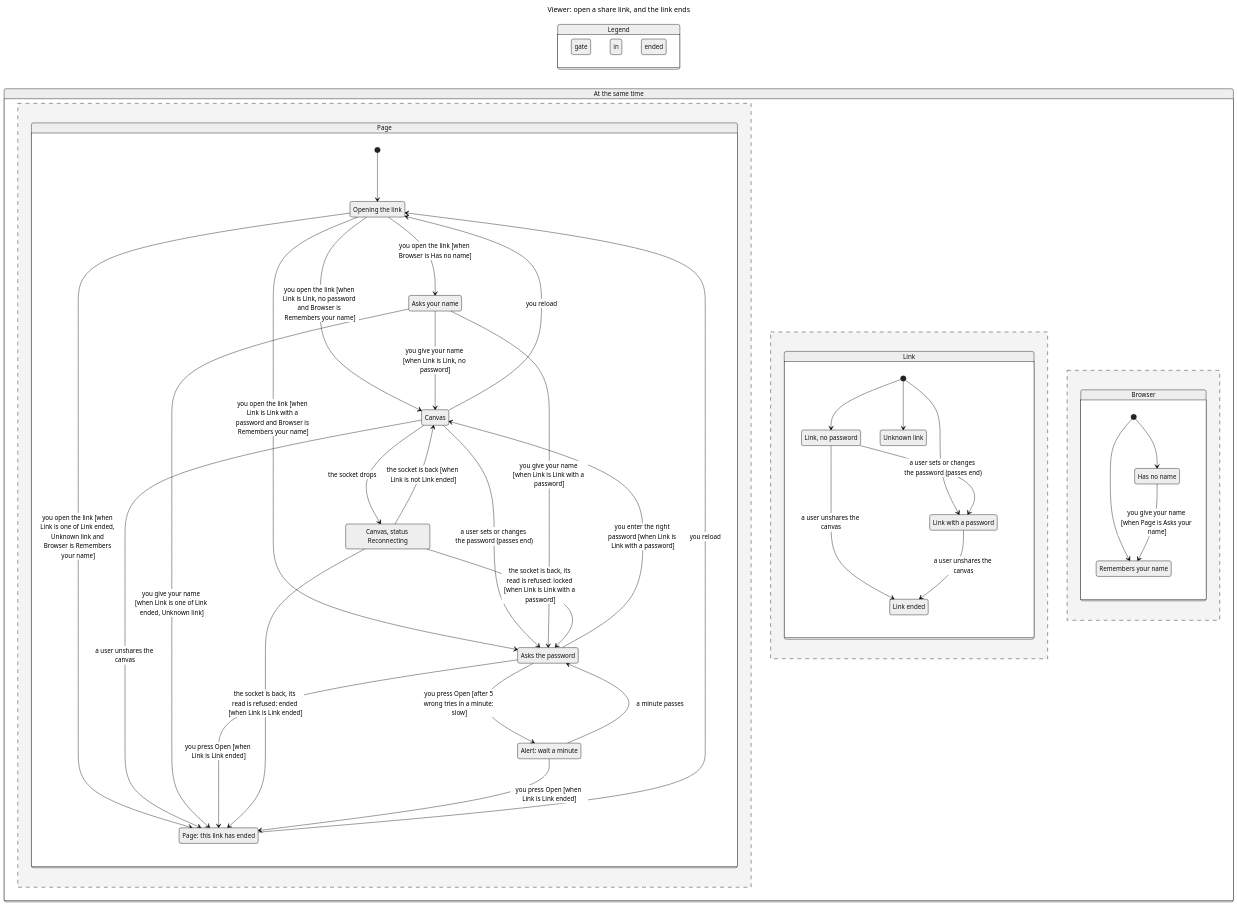
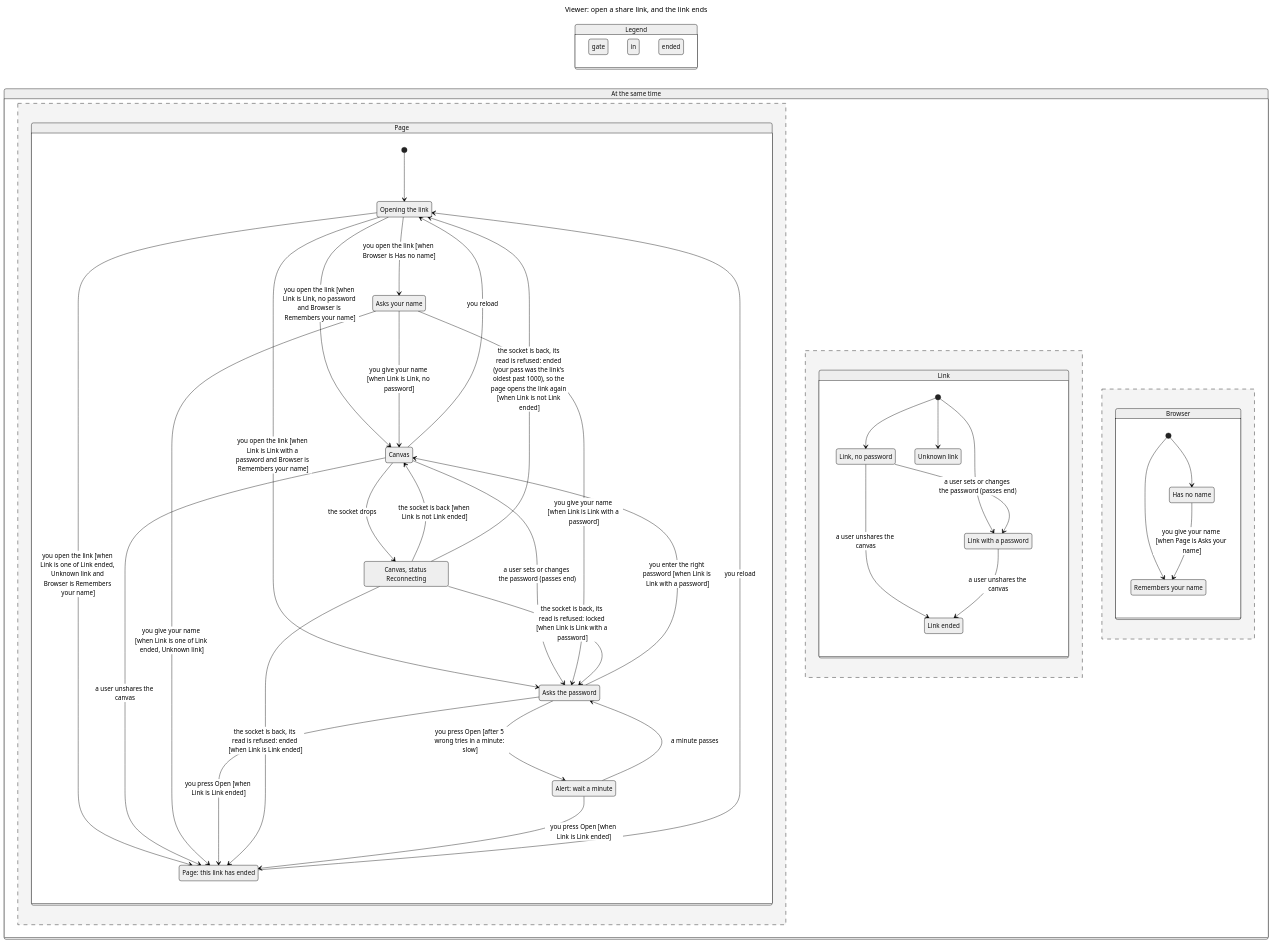
Before and after one commit to lagz0ne/easel: the diagram in docs/statecharts/viewer-gate.md, drawn with Mermaid (neutral theme). The commit also changed other lines of this file and 31 other files, not shown here.

Commit message:
feat(frames): share a canvas by link, with a name gate, a flood limit and a pass that survives a restart, checked against the share-open and viewer-gate-open models

````diff
--- a/docs/statecharts/viewer-gate.md
+++ b/docs/statecharts/viewer-gate.md
@@ -5,76 +5,77 @@
 ```mermaid
 ---
 title: "Viewer: open a share link, and the link ends"
 ---
 stateDiagram-v2
   direction LR
   state "Legend" as legend {
     lg0: gate
     lg1: in
     lg2: ended
   }
   class lg0 yellow
   class lg1 teal
   class lg2 pink
   state "At the same time" as all {
     state "Page" as r0 {
       s0: Opening the link
       s1: Canvas
       s2: Asks your name
       s3: Asks the password
       s4: Page: this link has ended
       s5: Canvas, status Reconnecting
       s6: Alert: wait a minute
       [*] --> s0
       s0 --> s2: you open the link [when Browser is Has no name]
       s0 --> s1: you open the link [when Link is Link, no password and Browser is Remembers your name]
       s0 --> s3: you open the link [when Link is Link with a password and Browser is Remembers your name]
       s0 --> s4: you open the link [when Link is one of Link ended, Unknown link and Browser is Remembers your name]
       s1 --> s3: a user sets or changes the password (passes end)
       s1 --> s5: the socket drops
       s1 --> s0: you reload
       s1 --> s4: a user unshares the canvas
       s2 --> s1: you give your name [when Link is Link, no password]
       s2 --> s3: you give your name [when Link is Link with a password]
       s3 --> s1: you enter the right password [when Link is Link with a password]
       s2 --> s4: you give your name [when Link is one of Link ended, Unknown link]
       s4 --> s0: you reload
       s3 --> s4: you press Open [when Link is Link ended]
       s5 --> s1: the socket is back [when Link is not Link ended]
       s5 --> s4: the socket is back, its read is refused: ended [when Link is Link ended]
       s5 --> s3: the socket is back, its read is refused: locked [when Link is Link with a password]
       s3 --> s6: you press Open [after 5 wrong tries in a minute: slow]
+      s5 --> s0: the socket is back, its read is refused: ended (your pass was the link's oldest past 1000), so the page opens the link again [when Link is not Link ended]
       s6 --> s3: a minute passes
       s6 --> s4: you press Open [when Link is Link ended]
     }
     --
     state "Link" as r1 {
       s7: Link, no password
       s8: Link with a password
       s9: Unknown link
       s10: Link ended
       [*] --> s7
       [*] --> s8
       [*] --> s9
       s7 --> s8: a user sets or changes the password (passes end)
       s7 --> s10: a user unshares the canvas
       s8 --> s10: a user unshares the canvas
     }
     --
     state "Browser" as r2 {
       s11: Has no name
       s12: Remembers your name
       [*] --> s11
       [*] --> s12
       s11 --> s12: you give your name [when Page is Asks your name]
     }
   }
   class s0 yellow
   class s1 teal
   class s2 yellow
   class s3 yellow
   class s4 pink
   class s5 teal
   class s6 yellow
   class s11 yellow
 ```
````
